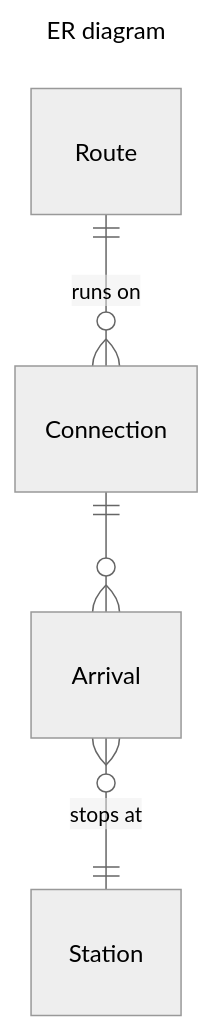
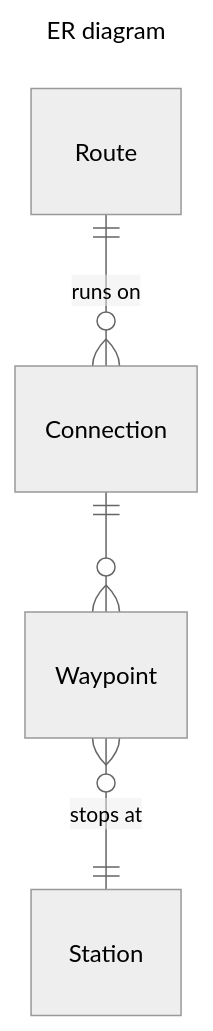
Before and after one commit to drewg3r/trout: the first of 8 diagrams in docs/docs/technical-design/models.md, drawn with Mermaid (neutral theme). The commit also changed other lines of this file, not shown here.

````diff
--- a/docs/docs/technical-design/models.md
+++ b/docs/docs/technical-design/models.md
@@ -3,10 +3,10 @@
 ```mermaid
 ---
 title: ER diagram
 ---
 erDiagram
 
 	Route ||--o{ Connection : "runs on"
-	Connection ||--o{ Arrival : ""
-	Arrival }o--|| Station : "stops at"
+	Connection ||--o{ Waypoint : ""
+	Waypoint }o--|| Station : "stops at"
 ```
````
